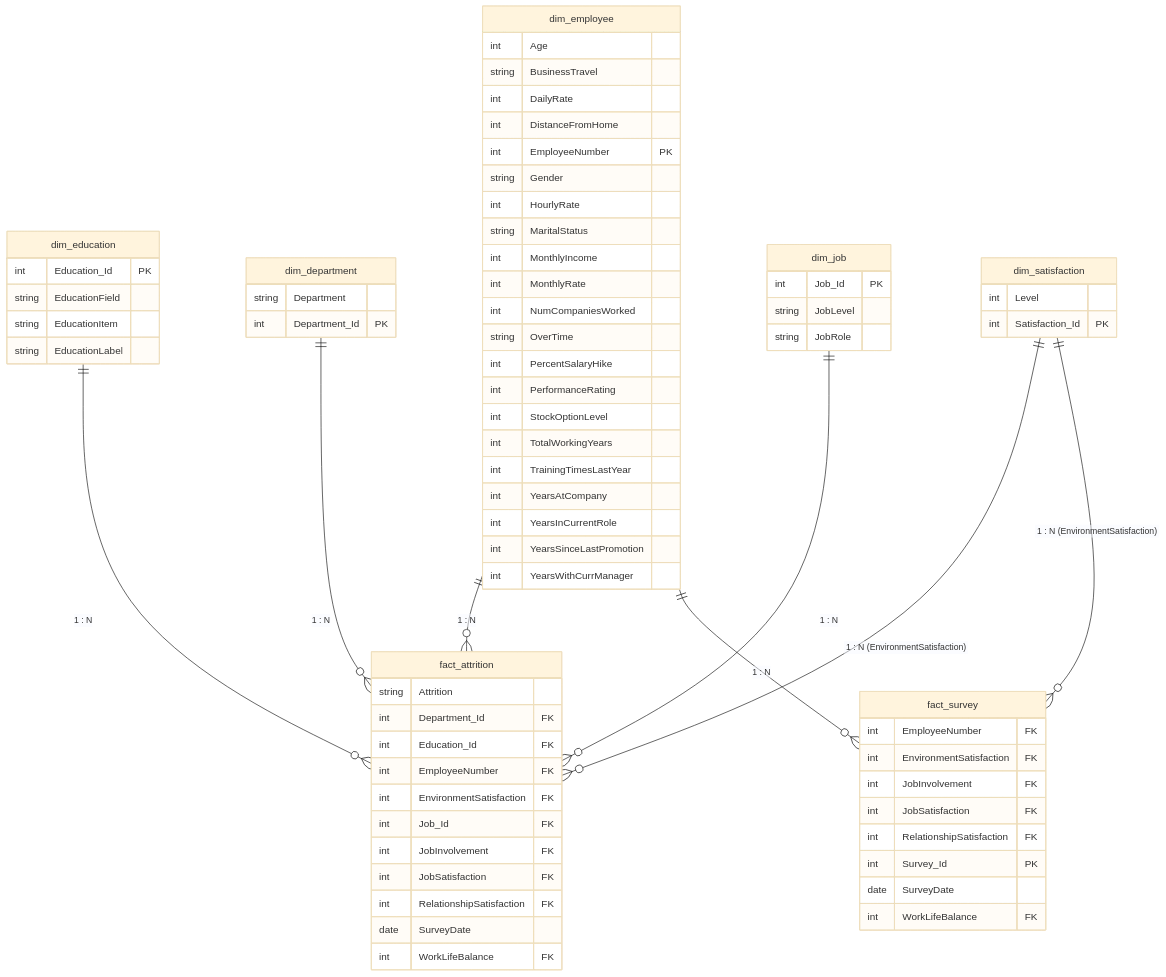
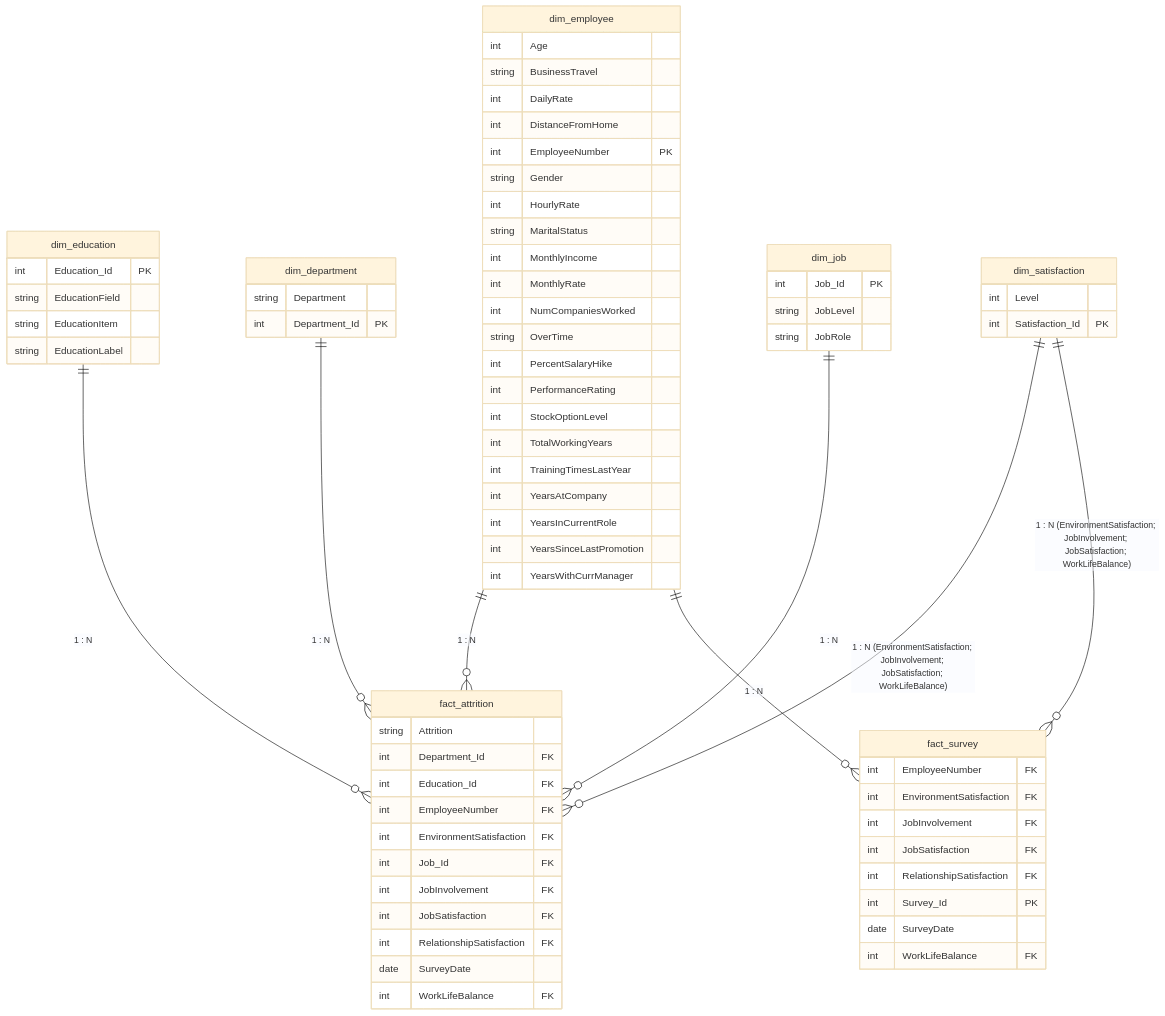
One commit to annatagus/ibm changed the diagram in documentation/dicionario_dados.md. Above: the diagram before and after it, drawn with Mermaid (base theme).

Commit message:
Altera dicionario_dados
* finalização modelo mermaid

```diff
--- a/documentation/dicionario_dados.md
+++ b/documentation/dicionario_dados.md
@@ -107,12 +107,12 @@
     dim_education ||--o{ fact_attrition : "1 : N"
     dim_department ||--o{ fact_attrition : "1 : N"
     dim_job ||--o{ fact_attrition : "1 : N"
-    dim_satisfaction ||--o{ fact_attrition : "1 : N (EnvironmentSatisfaction)"
+    dim_satisfaction ||--o{ fact_attrition : "1 : N (EnvironmentSatisfaction; JobInvolvement; JobSatisfaction; WorkLifeBalance)"
     %% dim_satisfaction ||--o{ fact_attrition : "1 : N (JobInvolvement)"
     %% dim_satisfaction ||--o{ fact_attrition : "1 : N (JobSatisfaction)"
     %% dim_satisfaction ||--o{ fact_attrition : "1 : N (RelationshipSatisfaction)"
     %% dim_satisfaction ||--o{ fact_attrition : "1 : N (WorkLifeBalance)"
-    dim_satisfaction ||--o{ fact_survey : "1 : N (EnvironmentSatisfaction)"
+    dim_satisfaction ||--o{ fact_survey : "1 : N (EnvironmentSatisfaction; JobInvolvement; JobSatisfaction; WorkLifeBalance)"
     %% dim_satisfaction ||--o{ fact_survey : "1 : N (JobInvolvement)"
     %% dim_satisfaction ||--o{ fact_survey : "1 : N (JobSatisfaction)"
     %% dim_satisfaction ||--o{ fact_survey : "1 : N (RelationshipSatisfaction)"
```
